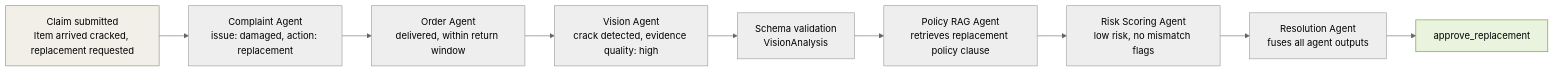
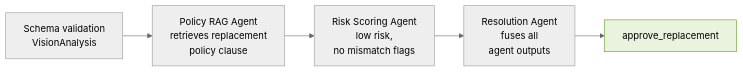
The second of 2 diagrams in README.md (siddhiwanzkhade/Claims-Resolve-AI), drawn with Mermaid (neutral theme) before and after one commit. The commit also changed other lines of this file, not shown here.

````diff
--- a/README.md
+++ b/README.md
@@ -27,14 +39,9 @@
 ```mermaid
 flowchart LR
-    A["Claim submitted<br/>Item arrived cracked, replacement requested"] --> B["Complaint Agent<br/>issue: damaged, action: replacement"]
-    B --> C["Order Agent<br/>delivered, within return window"]
-    C --> D["Vision Agent<br/>crack detected, evidence quality: high"]
-    D --> E["Schema validation<br/>VisionAnalysis"]
-    E --> F["Policy RAG Agent<br/>retrieves replacement policy clause"]
-    F --> G["Risk Scoring Agent<br/>low risk, no mismatch flags"]
-    G --> H["Resolution Agent<br/>fuses all agent outputs"]
+    E["Schema validation<br/>VisionAnalysis"] --> F["Policy RAG Agent<br/>retrieves replacement<br/>policy clause"]
+    F --> G["Risk Scoring Agent<br/>low risk,<br/>no mismatch flags"]
+    G --> H["Resolution Agent<br/>fuses all<br/>agent outputs"]
     H --> I["approve_replacement"]
 
-    style A fill:#f1efe8,stroke:#888780
     style I fill:#eaf3de,stroke:#639922
 ```
````
